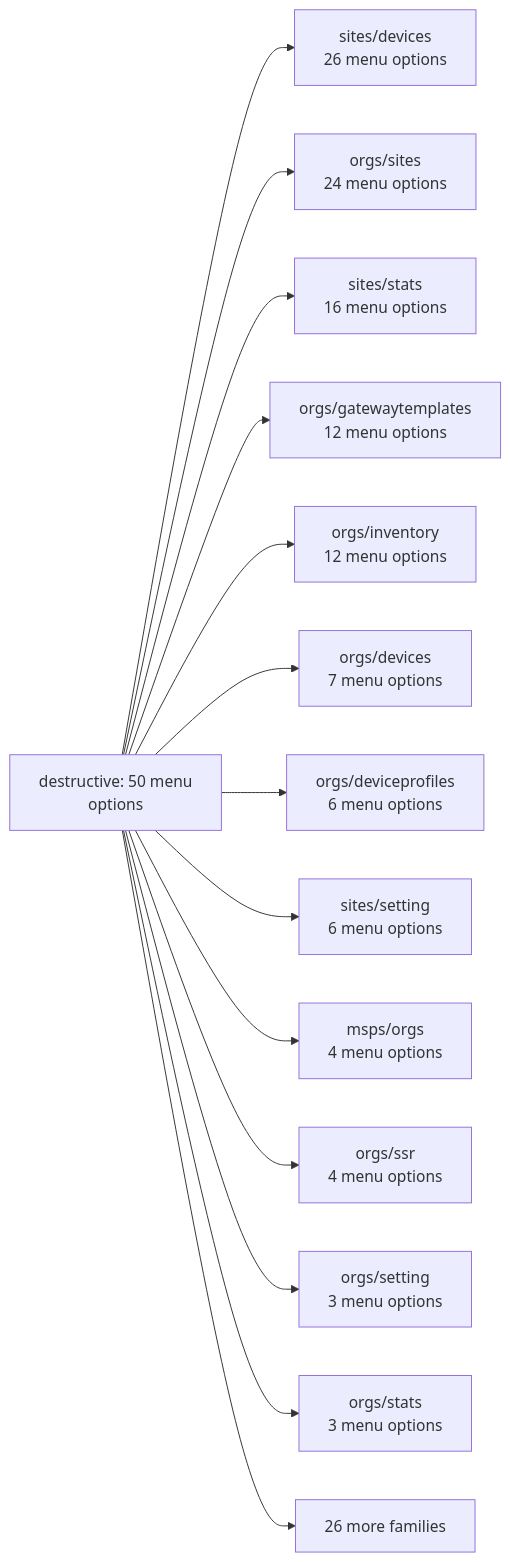
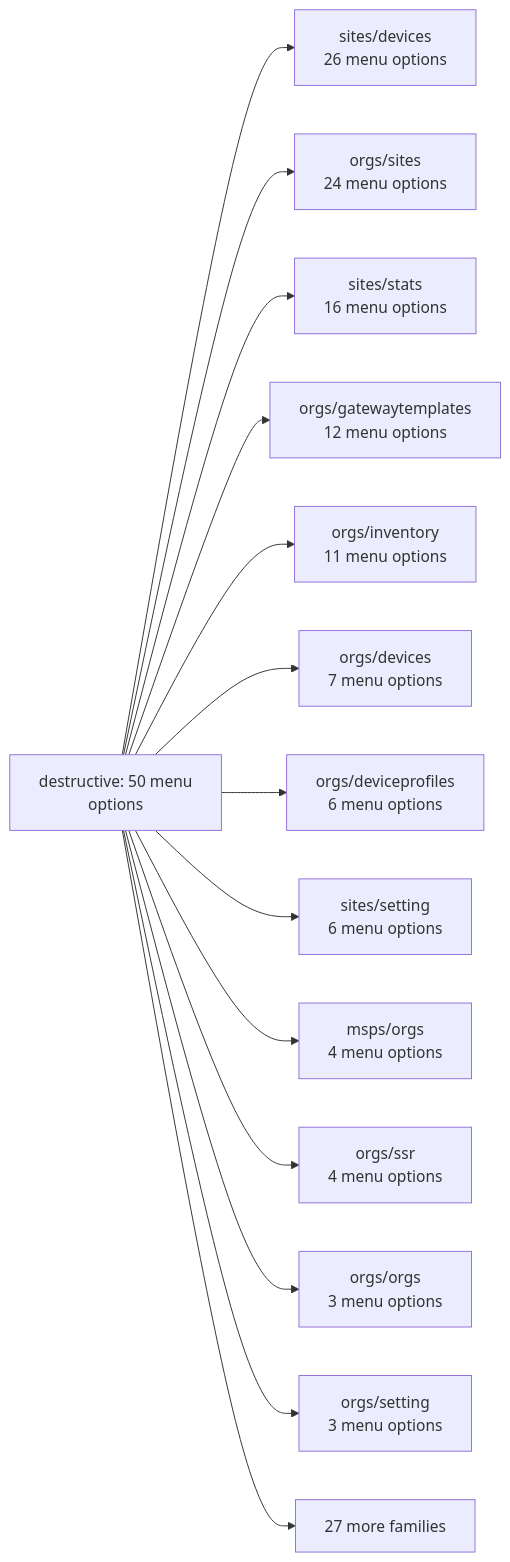
Before and after one commit to jmorrison-juniper/MistHelper: the first of 33 diagrams in documentation/menu-api/destructive.md, drawn with Mermaid. The commit also changed other lines of this file and 86 other files, not shown here.

````diff
--- a/documentation/menu-api/destructive.md
+++ b/documentation/menu-api/destructive.md
@@ -19,17 +19,17 @@
 ```mermaid
 flowchart LR
     root["destructive: 50 menu<br/>options"]
     root --> f_sites_devices["sites/devices<br/>26 menu options"]
     root --> f_orgs_sites["orgs/sites<br/>24 menu options"]
     root --> f_sites_stats["sites/stats<br/>16 menu options"]
     root --> f_orgs_gatewaytemplates["orgs/gatewaytemplates<br/>12 menu options"]
-    root --> f_orgs_inventory["orgs/inventory<br/>12 menu options"]
+    root --> f_orgs_inventory["orgs/inventory<br/>11 menu options"]
     root --> f_orgs_devices["orgs/devices<br/>7 menu options"]
     root --> f_orgs_deviceprofiles["orgs/deviceprofiles<br/>6 menu options"]
     root --> f_sites_setting["sites/setting<br/>6 menu options"]
     root --> f_msps_orgs["msps/orgs<br/>4 menu options"]
     root --> f_orgs_ssr["orgs/ssr<br/>4 menu options"]
+    root --> f_orgs_orgs["orgs/orgs<br/>3 menu options"]
     root --> f_orgs_setting["orgs/setting<br/>3 menu options"]
-    root --> f_orgs_stats["orgs/stats<br/>3 menu options"]
-    root --> more["26 more families"]
+    root --> more["27 more families"]
 ```
````
